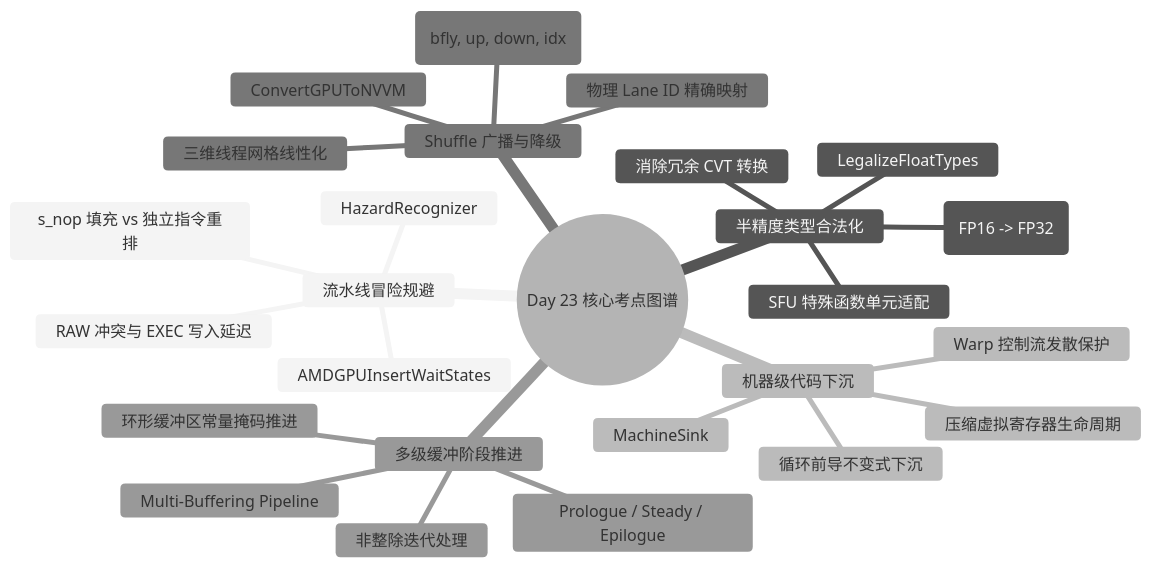
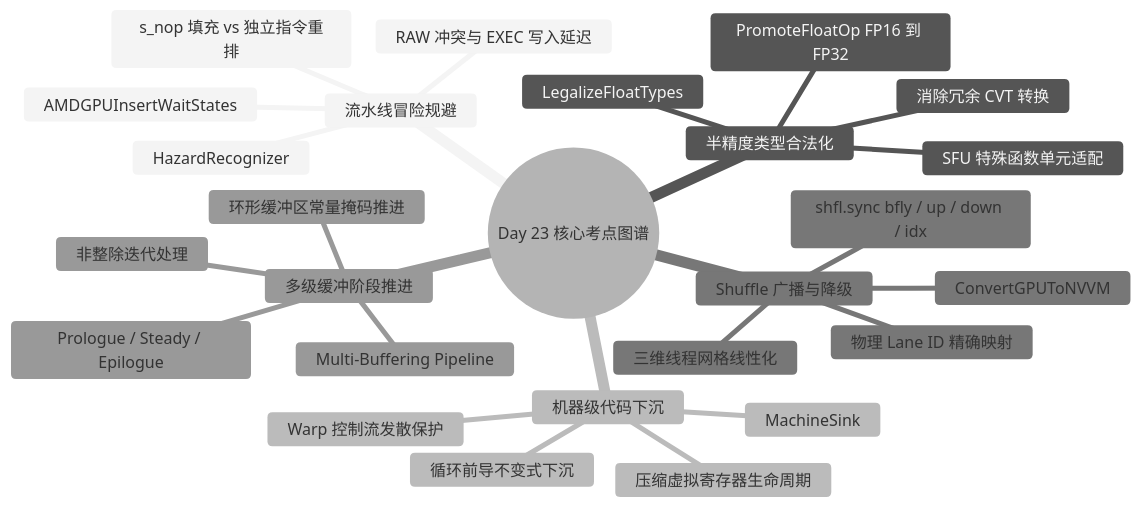
One commit to zhoujingfighting/zhoujingfighting.github.io changed the diagram in source/_posts/2026-11-07-gpgpu-compiler-interview-day-23.md. Above: the diagram before and after it, drawn with Mermaid (neutral theme). The commit also changed 21 other files, not shown here.

````diff
--- a/source/_posts/2026-11-07-gpgpu-compiler-interview-day-23.md
+++ b/source/_posts/2026-11-07-gpgpu-compiler-interview-day-23.md
@@ -45,29 +45,29 @@
 ```mermaid
 mindmap
   root((Day 23 核心考点图谱))
     流水线冒险规避
       AMDGPUInsertWaitStates
       HazardRecognizer
       s_nop 填充 vs 独立指令重排
       RAW 冲突与 EXEC 写入延迟
     半精度类型合法化
       LegalizeFloatTypes
-      PromoteFloatOp (FP16 -> FP32)
+      PromoteFloatOp FP16 到 FP32
       消除冗余 CVT 转换
       SFU 特殊函数单元适配
     机器级代码下沉
       MachineSink
       循环前导不变式下沉
       压缩虚拟寄存器生命周期
       Warp 控制流发散保护
     Shuffle 广播与降级
       ConvertGPUToNVVM
-      shfl.sync (bfly, up, down, idx)
+      shfl.sync bfly / up / down / idx
       三维线程网格线性化
       物理 Lane ID 精确映射
     多级缓冲阶段推进
       Multi-Buffering Pipeline
       Prologue / Steady / Epilogue
       非整除迭代处理
       环形缓冲区常量掩码推进
 ```
````
